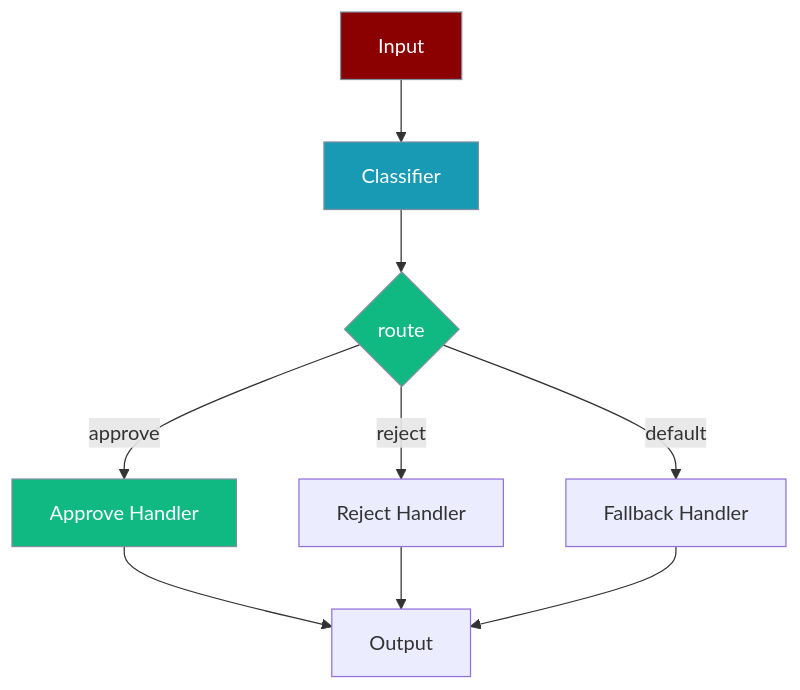
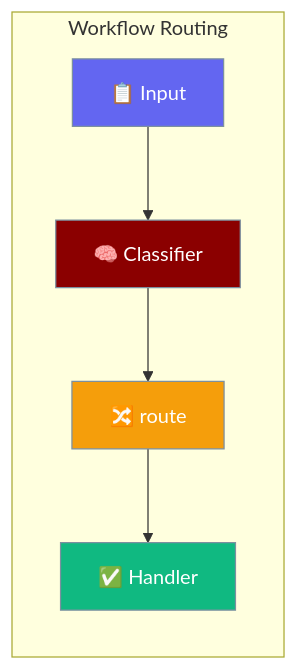
Before and after one commit to MervinPraison/PraisonAIDocs: the first of 2 diagrams in docs/features/workflow-routing.mdx, drawn with Mermaid. The commit also changed 2 other files, not shown here.

Commit message:
docs: add hero graph LR + sequenceDiagram to custom-actions, save-output; fix workflow-routing hero (#1675)

````diff
--- a/docs/features/workflow-routing.mdx
+++ b/docs/features/workflow-routing.mdx
@@ -32,18 +32,17 @@
 ```mermaid
-graph TD
-    A[Input] --> B[Classifier]
-    B --> C{route}
-    C -->|approve| D[Approve Handler]
-    C -->|reject| E[Reject Handler]
-    C -->|default| F[Fallback Handler]
-    D --> G[Output]
-    E --> G
-    F --> G
+graph LR
+    subgraph "Workflow Routing"
+        A[📋 Input] --> B[🧠 Classifier]
+        B --> C[🔀 route]
+        C --> D[✅ Handler]
+    end
+
+    classDef input fill:#6366F1,stroke:#7C90A0,color:#fff
     classDef agent fill:#8B0000,stroke:#7C90A0,color:#fff
-    classDef tool fill:#189AB4,stroke:#7C90A0,color:#fff
+    classDef process fill:#F59E0B,stroke:#7C90A0,color:#fff
     classDef success fill:#10B981,stroke:#7C90A0,color:#fff
-    class A agent
-    class B tool
-    class C,D success
-
+    class A input
+    class B agent
+    class C process
+    class D success
 ```
````
